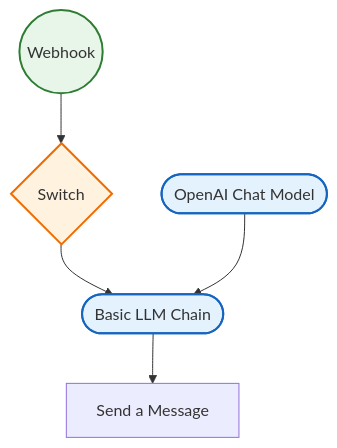
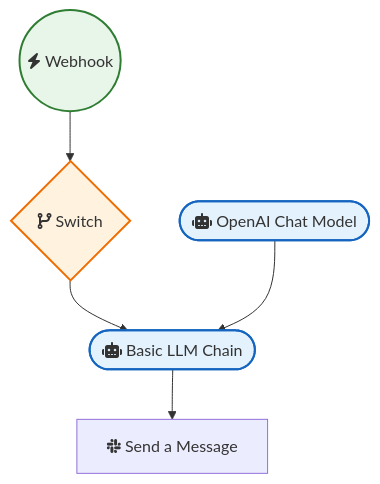
One commit to sreyash3105/N8N-DEMO-AUTOMATIONS changed the diagram in Slack/My Workflow 6.md. Above: the diagram before and after it, drawn with Mermaid. The commit also changed 291 other files, not shown here.

````diff
--- a/Slack/My Workflow 6.md
+++ b/Slack/My Workflow 6.md
@@ -1,17 +1,17 @@
 ```mermaid
 graph TD
     classDef trigger fill:#e8f5e9,stroke:#2e7d32,stroke-width:2px;
     classDef ai fill:#e3f2fd,stroke:#1565c0,stroke-width:2px;
     classDef logic fill:#fff3e0,stroke:#ef6c00,stroke-width:2px;
 
-    Webhook(("Webhook")):::trigger
-    Switch{"Switch"}:::logic
-    Basic_LLM_Chain(["Basic LLM Chain"]):::ai
-    OpenAI_Chat_Model(["OpenAI Chat Model"]):::ai
-    Send_a_Message["Send a Message"]
+    Webhook(("fas:fa-bolt Webhook")):::trigger
+    Switch{"fas:fa-code-branch Switch"}:::logic
+    Basic_LLM_Chain(["fas:fa-robot Basic LLM Chain"]):::ai
+    OpenAI_Chat_Model(["fas:fa-robot OpenAI Chat Model"]):::ai
+    Send_a_Message["fab:fa-slack Send a Message"]
 
     Switch --> Basic_LLM_Chain
     Webhook --> Switch
     Basic_LLM_Chain --> Send_a_Message
     OpenAI_Chat_Model --> Basic_LLM_Chain
 ```
````
